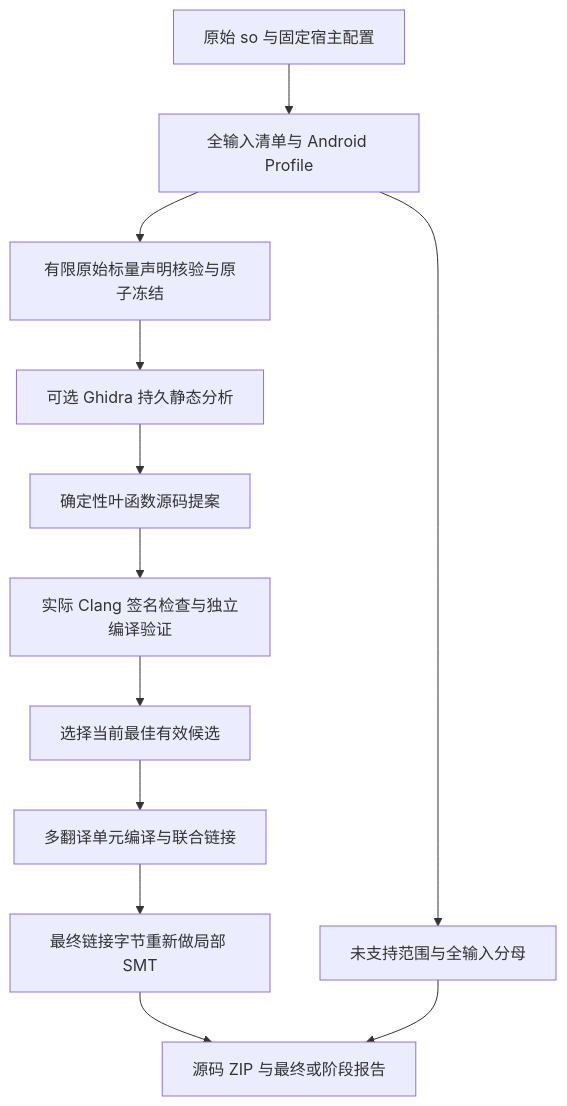
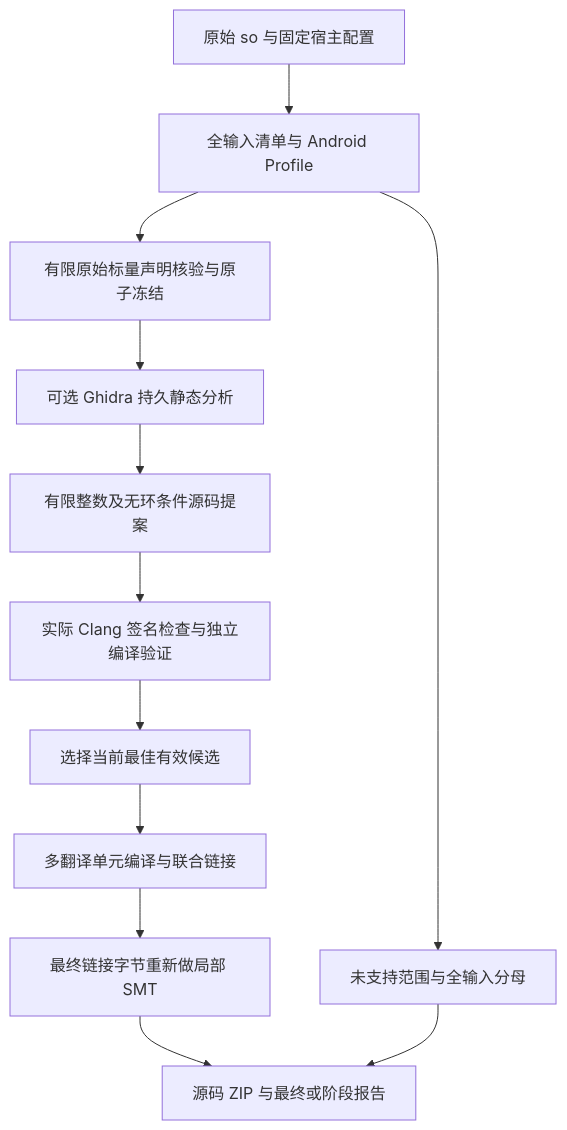
Before and after one commit to 3437564498/Auto-Reverse: the diagram in docs/static-project-pipeline.md, drawn with Mermaid. The commit also changed other lines of this file and 23 other files, not shown here.

````diff
--- a/docs/static-project-pipeline.md
+++ b/docs/static-project-pipeline.md
@@ -34,14 +34,14 @@
 ```mermaid
 flowchart TD
     A[原始 so 与固定宿主配置] --> B[全输入清单与 Android Profile]
     B --> C[有限原始标量声明核验与原子冻结]
     C --> D[可选 Ghidra 持久静态分析]
-    D --> E[确定性叶函数源码提案]
+    D --> E[有限整数及无环条件源码提案]
     E --> F[实际 Clang 签名检查与独立编译验证]
     F --> G[选择当前最佳有效候选]
     G --> H[多翻译单元编译与联合链接]
     H --> I[最终链接字节重新做局部 SMT]
     I --> J[源码 ZIP 与最终或阶段报告]
     B --> K[未支持范围与全输入分母]
     K --> J
 ```
````
